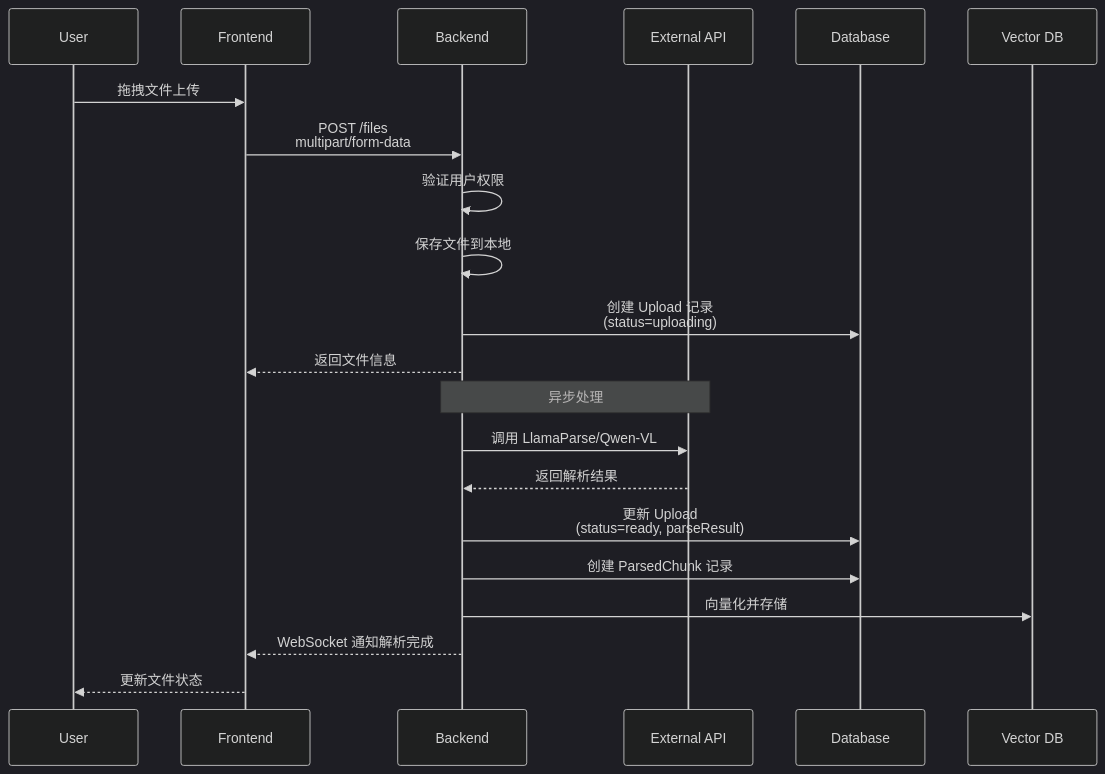
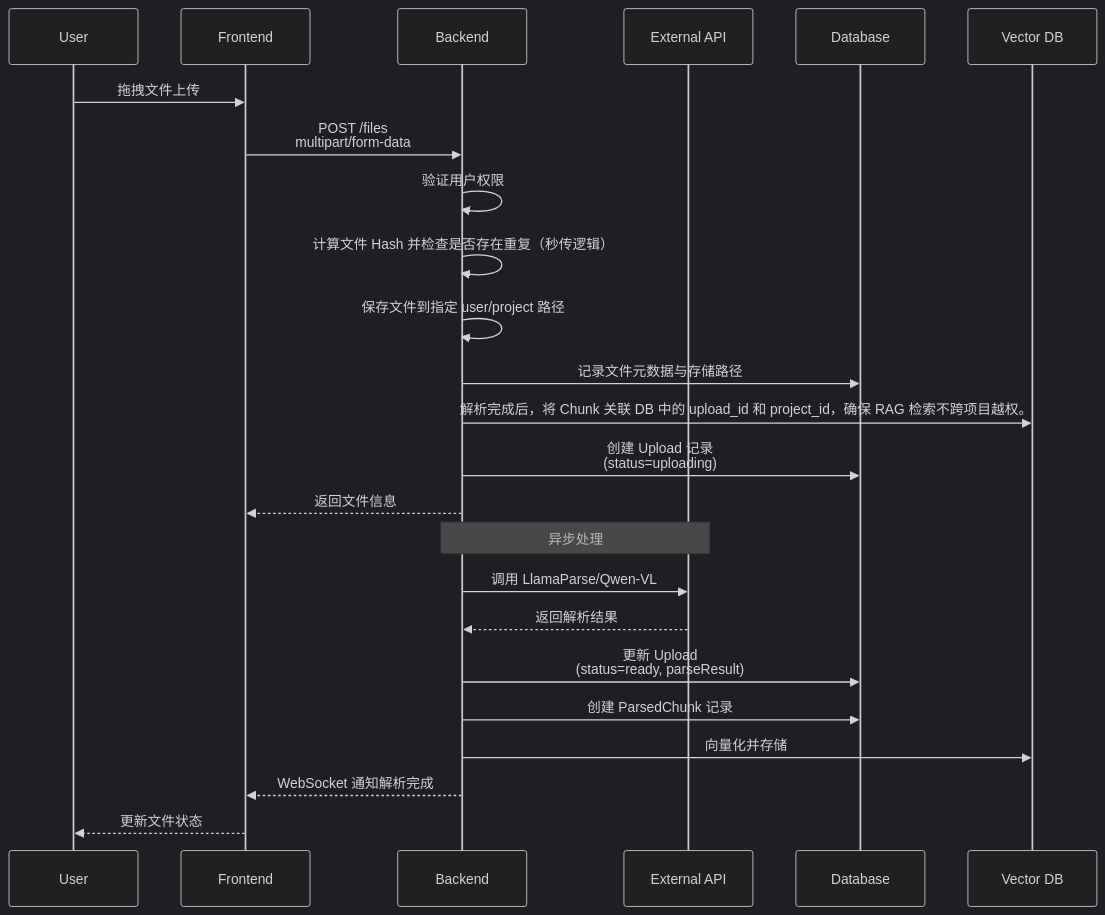
Before and after one commit to ln-one/Spectra: the fourth of 6 diagrams in docs/architecture/system/data-flow.md, drawn with Mermaid (dark theme).

Commit message:
docs(Data Flow): 补充文件上传与解析阶段的逻辑一致性检查，明确路径逻辑

````diff
--- a/docs/architecture/system/data-flow.md
+++ b/docs/architecture/system/data-flow.md
@@ -73,25 +73,28 @@
 ```mermaid
 sequenceDiagram
     participant U as User
     participant F as Frontend
     participant B as Backend
     participant AI as External API
     participant DB as Database
     participant V as Vector DB
 
     U->>F: 拖拽文件上传
     F->>B: POST /files<br/>multipart/form-data
     B->>B: 验证用户权限
-    B->>B: 保存文件到本地
+    B->>B: 计算文件 Hash 并检查是否存在重复（秒传逻辑）
+    B->>B: 保存文件到指定 user/project 路径
+    B->>DB: 记录文件元数据与存储路径
+    B->>V: 解析完成后，将 Chunk 关联 DB 中的 upload_id 和 project_id，确保 RAG 检索不跨项目越权。
     B->>DB: 创建 Upload 记录<br/>(status=uploading)
     B-->>F: 返回文件信息
     
     Note over B,AI: 异步处理
     B->>AI: 调用 LlamaParse/Qwen-VL
     AI-->>B: 返回解析结果
     B->>DB: 更新 Upload<br/>(status=ready, parseResult)
     B->>DB: 创建 ParsedChunk 记录
     B->>V: 向量化并存储
     B-->>F: WebSocket 通知解析完成
     F-->>U: 更新文件状态
 ```
````
